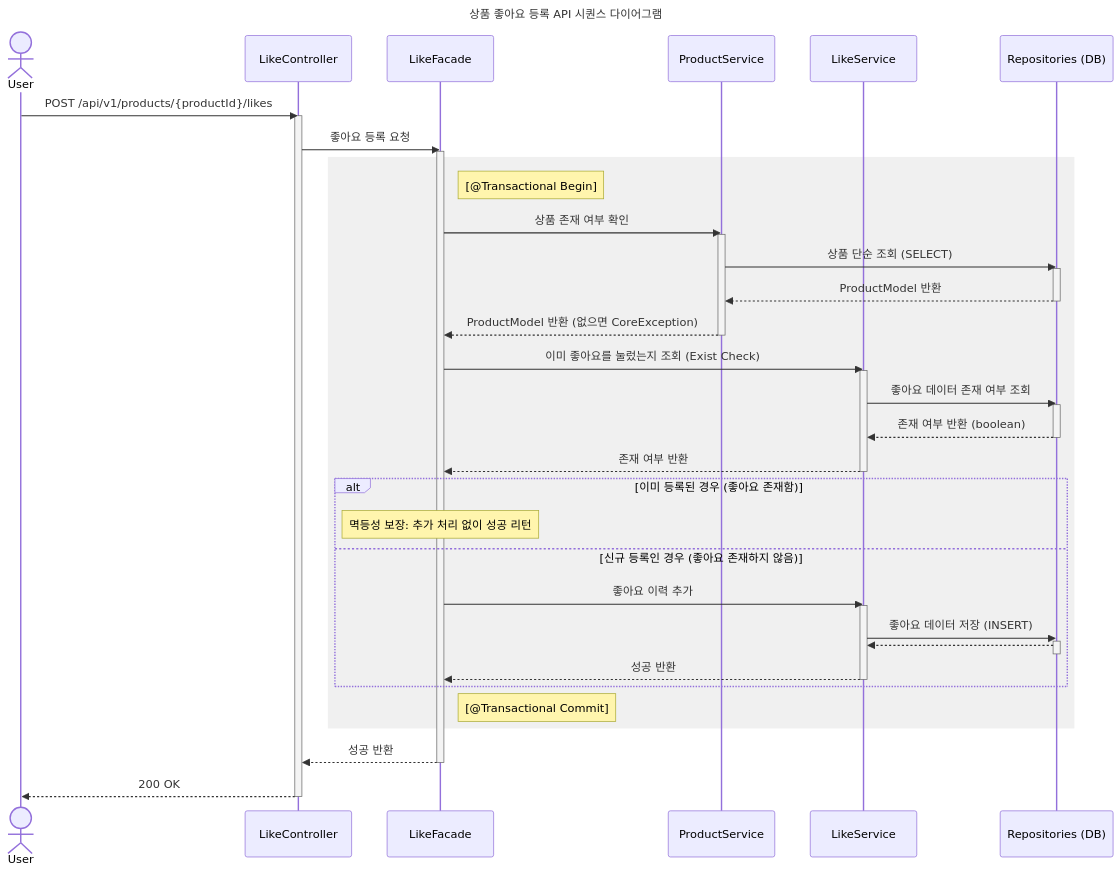
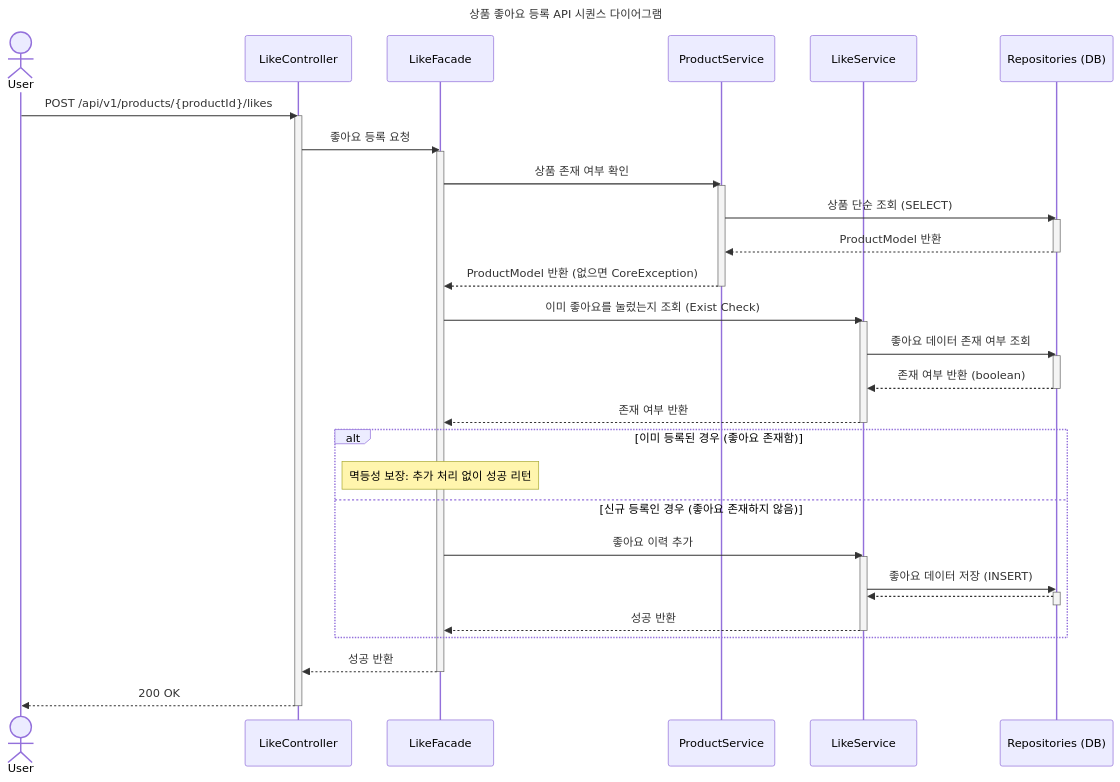
Before and after one commit to loopers-labs/loop-pack-be-l2-vol4-java: the second of 5 diagrams in docs/week2/02-sequence-diagrams.md, drawn with Mermaid. The commit also changed other lines of this file, not shown here.

Commit message:
docs: 시퀀스 다이어그램 스타일 개선 및 트랜잭션 경계 수정

````diff
--- a/docs/week2/02-sequence-diagrams.md
+++ b/docs/week2/02-sequence-diagrams.md
@@ -128,59 +128,56 @@
 ```mermaid
 sequenceDiagram
     title 상품 좋아요 등록 API 시퀀스 다이어그램
     actor User
     participant Controller as LikeController
     participant Facade as LikeFacade
     participant ProductSvc as ProductService
     participant LikeSvc as LikeService
     participant Repo as Repositories (DB)
 
     User->>Controller: POST /api/v1/products/{productId}/likes
     activate Controller
 
     Controller->>Facade: 좋아요 등록 요청
     activate Facade
 
-    rect rgb(240, 240, 240)
-        Note right of Facade: [@Transactional Begin]
 
         Facade->>ProductSvc: 상품 존재 여부 확인
         activate ProductSvc
         ProductSvc->>Repo: 상품 단순 조회 (SELECT)
         activate Repo
         Repo-->>ProductSvc: ProductModel 반환
         deactivate Repo
         ProductSvc-->>Facade: ProductModel 반환 (없으면 CoreException)
         deactivate ProductSvc
 
         Facade->>LikeSvc: 이미 좋아요를 눌렀는지 조회 (Exist Check)
         activate LikeSvc
         LikeSvc->>Repo: 좋아요 데이터 존재 여부 조회
         activate Repo
         Repo-->>LikeSvc: 존재 여부 반환 (boolean)
         deactivate Repo
         LikeSvc-->>Facade: 존재 여부 반환
         deactivate LikeSvc
 
         alt 이미 등록된 경우 (좋아요 존재함)
             Note over Facade: 멱등성 보장: 추가 처리 없이 성공 리턴
         else 신규 등록인 경우 (좋아요 존재하지 않음)
             Facade->>LikeSvc: 좋아요 이력 추가
             activate LikeSvc
             LikeSvc->>Repo: 좋아요 데이터 저장 (INSERT)
             activate Repo
             Repo-->>LikeSvc: 
             deactivate Repo
             LikeSvc-->>Facade: 성공 반환
             deactivate LikeSvc
         end
 
-        Note right of Facade: [@Transactional Commit]
-    end
+
 
     Facade-->>Controller: 성공 반환
     deactivate Facade
 
     Controller-->>User: 200 OK
     deactivate Controller
 ```
````
